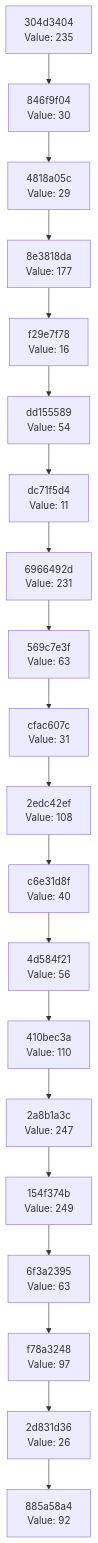
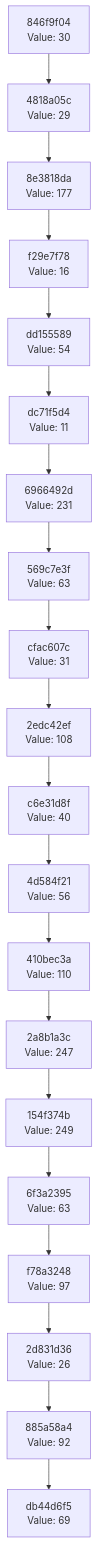
Before and after one commit to Abhisheksinha1506/hash-chain-evolver: the diagram in docs/CHAIN_VISUALIZATION.md, drawn with Mermaid. The commit also changed 2 other files, not shown here.

Commit message:
Evolution step: hash 0x45 → action executed

````diff
--- a/docs/CHAIN_VISUALIZATION.md
+++ b/docs/CHAIN_VISUALIZATION.md
@@ -3,42 +3,42 @@
 ```mermaid
 graph TD
-    C0["885a58a4<br/>Value: 92"]
-    C1["2d831d36<br/>Value: 26"]
+    C0["db44d6f5<br/>Value: 69"]
+    C1["885a58a4<br/>Value: 92"]
     C1 --> C0
-    C2["f78a3248<br/>Value: 97"]
+    C2["2d831d36<br/>Value: 26"]
     C2 --> C1
-    C3["6f3a2395<br/>Value: 63"]
+    C3["f78a3248<br/>Value: 97"]
     C3 --> C2
-    C4["154f374b<br/>Value: 249"]
+    C4["6f3a2395<br/>Value: 63"]
     C4 --> C3
-    C5["2a8b1a3c<br/>Value: 247"]
+    C5["154f374b<br/>Value: 249"]
     C5 --> C4
-    C6["410bec3a<br/>Value: 110"]
+    C6["2a8b1a3c<br/>Value: 247"]
     C6 --> C5
-    C7["4d584f21<br/>Value: 56"]
+    C7["410bec3a<br/>Value: 110"]
     C7 --> C6
-    C8["c6e31d8f<br/>Value: 40"]
+    C8["4d584f21<br/>Value: 56"]
     C8 --> C7
-    C9["2edc42ef<br/>Value: 108"]
+    C9["c6e31d8f<br/>Value: 40"]
     C9 --> C8
-    C10["cfac607c<br/>Value: 31"]
+    C10["2edc42ef<br/>Value: 108"]
     C10 --> C9
-    C11["569c7e3f<br/>Value: 63"]
+    C11["cfac607c<br/>Value: 31"]
     C11 --> C10
-    C12["6966492d<br/>Value: 231"]
+    C12["569c7e3f<br/>Value: 63"]
     C12 --> C11
-    C13["dc71f5d4<br/>Value: 11"]
+    C13["6966492d<br/>Value: 231"]
     C13 --> C12
-    C14["dd155589<br/>Value: 54"]
+    C14["dc71f5d4<br/>Value: 11"]
     C14 --> C13
-    C15["f29e7f78<br/>Value: 16"]
+    C15["dd155589<br/>Value: 54"]
     C15 --> C14
-    C16["8e3818da<br/>Value: 177"]
+    C16["f29e7f78<br/>Value: 16"]
     C16 --> C15
-    C17["4818a05c<br/>Value: 29"]
+    C17["8e3818da<br/>Value: 177"]
     C17 --> C16
-    C18["846f9f04<br/>Value: 30"]
+    C18["4818a05c<br/>Value: 29"]
     C18 --> C17
-    C19["304d3404<br/>Value: 235"]
+    C19["846f9f04<br/>Value: 30"]
     C19 --> C18
 ```
````
